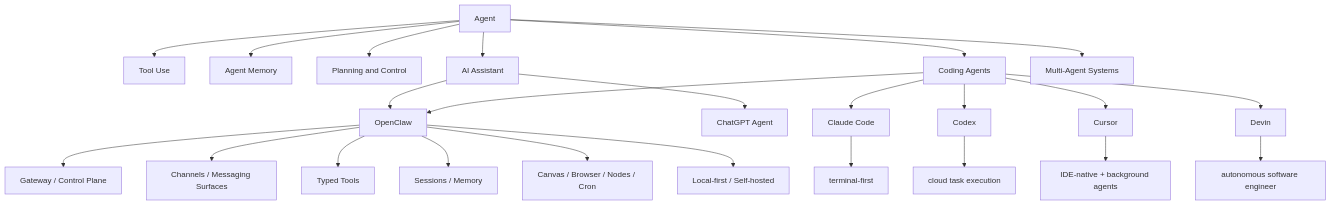
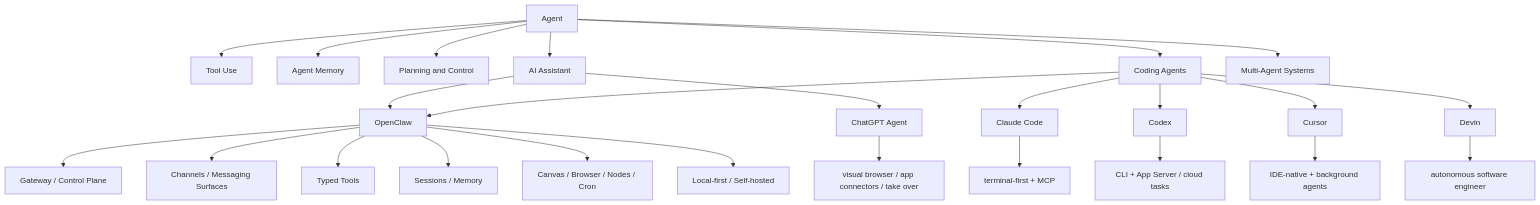
Before and after one commit to superliyang/tony-2026: the diagram in 01-Areas/AI-Learning/07-Maps/AI Agent Systems Map.md, drawn with Mermaid. The commit also changed 27 other files, not shown here.

````diff
--- a/01-Areas/AI-Learning/07-Maps/AI Agent Systems Map.md
+++ b/01-Areas/AI-Learning/07-Maps/AI Agent Systems Map.md
@@ -14,28 +14,29 @@
 ```mermaid
 flowchart TD
   A["Agent"] --> A1["Tool Use"]
   A --> A2["Agent Memory"]
   A --> A3["Planning and Control"]
   A --> B["AI Assistant"]
   A --> C["Coding Agents"]
   A --> A4["Multi-Agent Systems"]
   B --> D["OpenClaw"]
   B --> E["ChatGPT Agent"]
   C --> C1["Claude Code"]
   C --> C2["Codex"]
   C --> C3["Cursor"]
   C --> C4["Devin"]
   C --> D
 
   D --> D1["Gateway / Control Plane"]
   D --> D2["Channels / Messaging Surfaces"]
   D --> D3["Typed Tools"]
   D --> D4["Sessions / Memory"]
   D --> D5["Canvas / Browser / Nodes / Cron"]
   D --> D6["Local-first / Self-hosted"]
 
-  C1 --> F1["terminal-first"]
-  C2 --> F2["cloud task execution"]
+  E --> E1["visual browser / app connectors / take over"]
+  C1 --> F1["terminal-first + MCP"]
+  C2 --> F2["CLI + App Server / cloud tasks"]
   C3 --> F3["IDE-native + background agents"]
   C4 --> F4["autonomous software engineer"]
 ```
````
